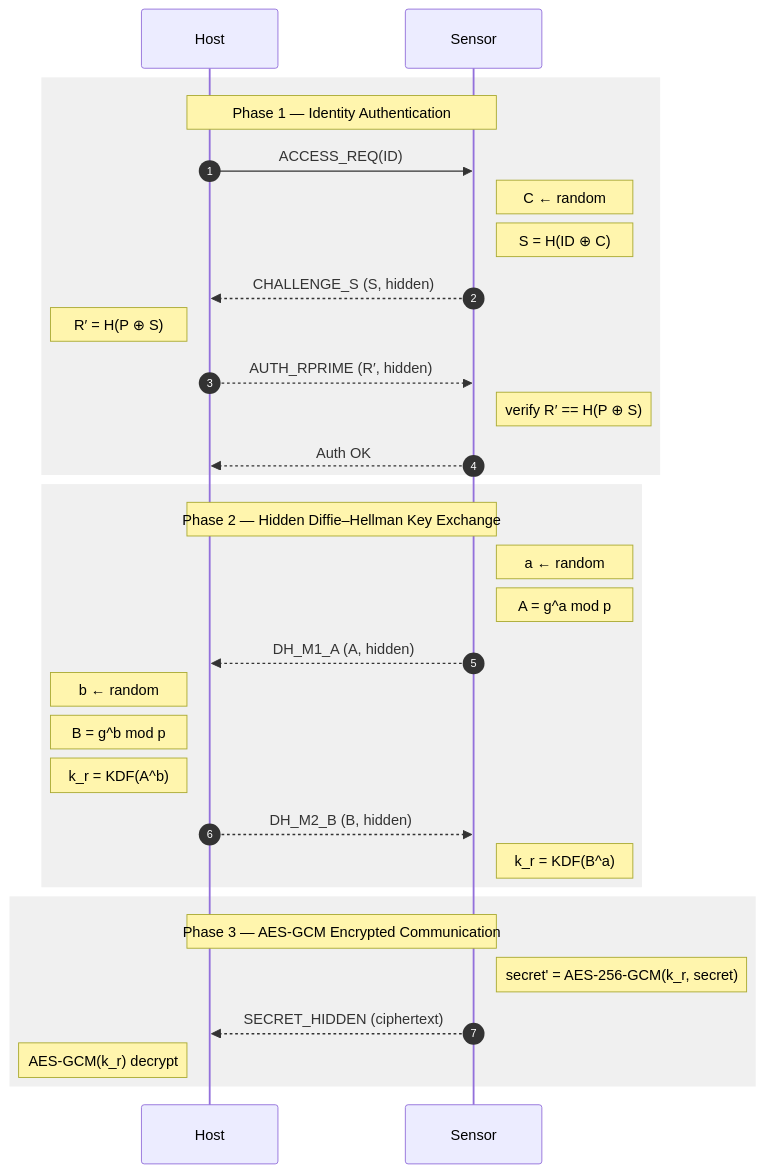
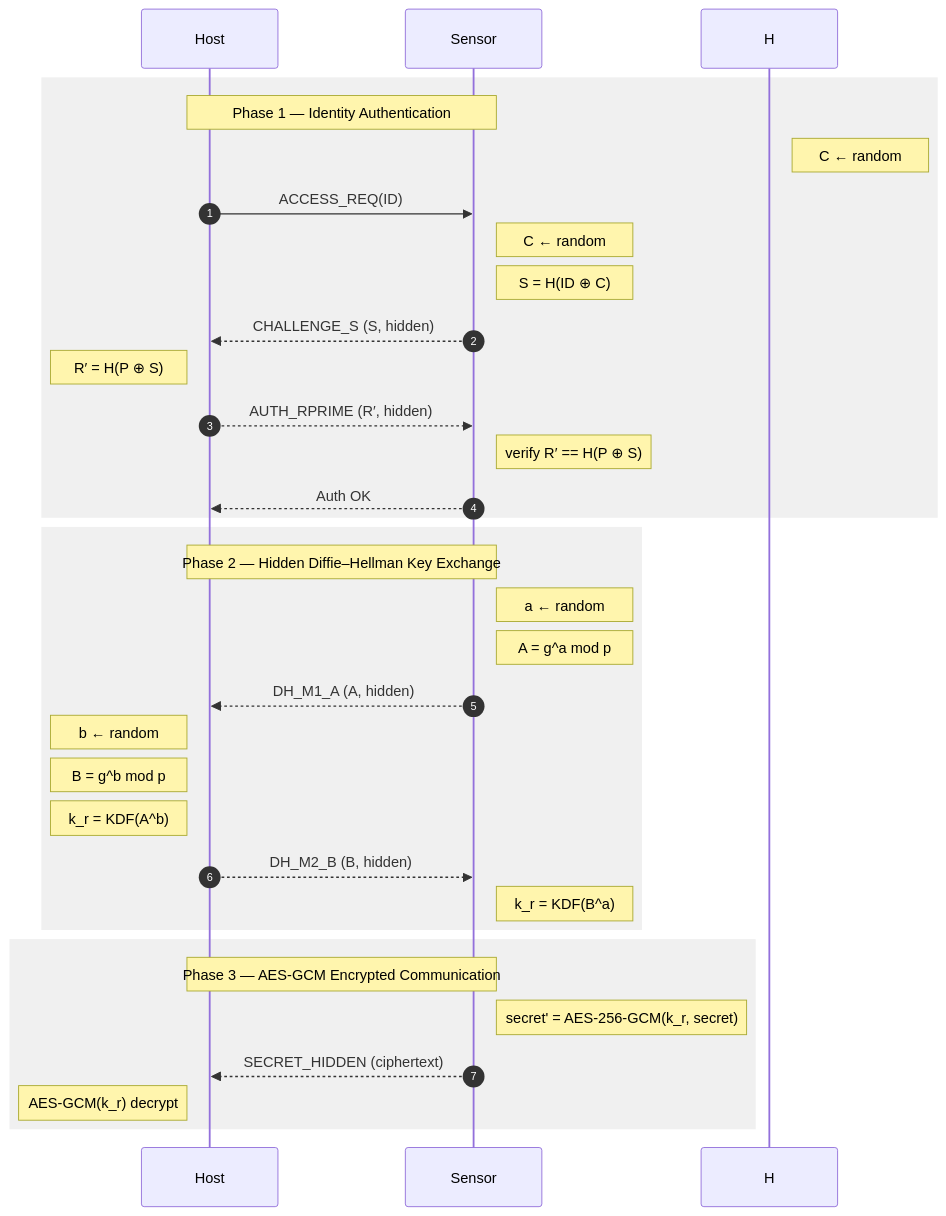
One commit to TracerWWW/iodraw-files changed the diagram in all/KR.md. Above: the diagram before and after it, drawn with Mermaid.

Commit message:
2026-02-06 00:38:04 update

````diff
--- a/all/KR.md
+++ b/all/KR.md
@@ -1,61 +1,62 @@
 ```mermaid
 sequenceDiagram
     autonumber
     participant Host
     participant Sensor
 
     %% =========================
     %% Phase 1: Identity Authentication
     %% =========================
     rect rgb(240,240,240)
     Note over Host,Sensor: Phase 1 — Identity Authentication
 
-    
+    Note right of H: C ← random
+
     Host->>Sensor: ACCESS_REQ(ID)
 
     Note right of Sensor: C ← random
     Note right of Sensor: S = H(ID ⊕ C)
 
     Sensor-->>Host: CHALLENGE_S (S, hidden)
 
     Note left of Host: R′ = H(P ⊕ S)
 
     Host-->>Sensor: AUTH_RPRIME (R′, hidden)
 
     Note right of Sensor: verify R′ == H(P ⊕ S)
     Sensor-->>Host: Auth OK
     end
 
     %% =========================
     %% Phase 2: DH Key Exchange
     %% =========================
     rect rgb(240,240,240)
     Note over Host,Sensor: Phase 2 — Hidden Diffie–Hellman Key Exchange
 
     Note right of Sensor: a ← random
     Note right of Sensor: A = g^a mod p
 
     Sensor-->>Host: DH_M1_A (A, hidden)
 
     Note left of Host: b ← random
     Note left of Host: B = g^b mod p
     Note left of Host: k_r = KDF(A^b)
 
     Host-->>Sensor: DH_M2_B (B, hidden)
 
     Note right of Sensor: k_r = KDF(B^a)
     end
 
     %% =========================
     %% Phase 3: Secure Communication
     %% =========================
     rect rgb(240,240,240)
     Note over Host,Sensor: Phase 3 — AES-GCM Encrypted Communication
 
     Note right of Sensor: secret' = AES-256-GCM(k_r, secret)
 
     Sensor-->>Host: SECRET_HIDDEN (ciphertext)
 
     Note left of Host: AES-GCM(k_r) decrypt
     end
 ```
````
